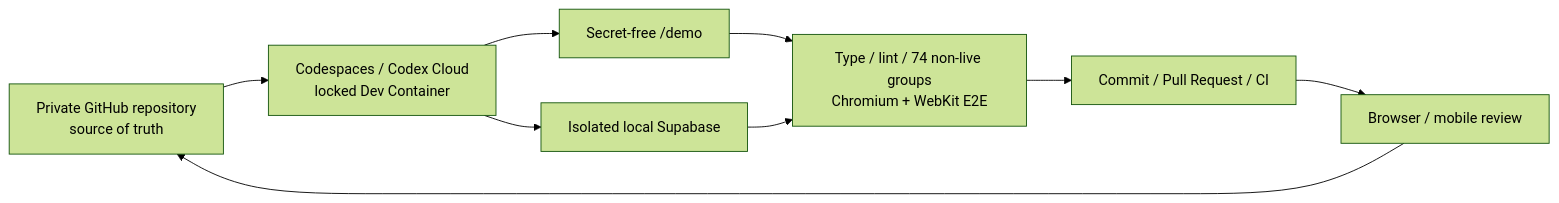
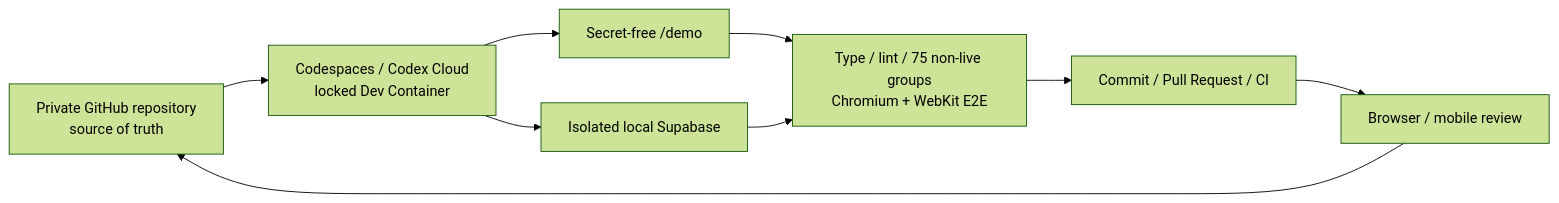
Before and after one commit to genellect/compass-interactive: the first of 2 diagrams in README.md, drawn with Mermaid (forest theme). The commit also changed other lines of this file and 14 other files, not shown here.

````diff
--- a/README.md
+++ b/README.md
@@ -109,11 +109,11 @@
 ```mermaid
 flowchart LR
     GitHub["Private GitHub repository\nsource of truth"] --> Workspace["Codespaces / Codex Cloud\nlocked Dev Container"]
     Workspace --> Demo["Secret-free /demo"]
     Workspace --> Local["Isolated local Supabase"]
-    Demo --> Gate["Type / lint / 74 non-live groups\nChromium + WebKit E2E"]
+    Demo --> Gate["Type / lint / 75 non-live groups\nChromium + WebKit E2E"]
     Local --> Gate
     Gate --> PR["Commit / Pull Request / CI"]
     PR --> Review["Browser / mobile review"]
     Review --> GitHub
 ```
````
